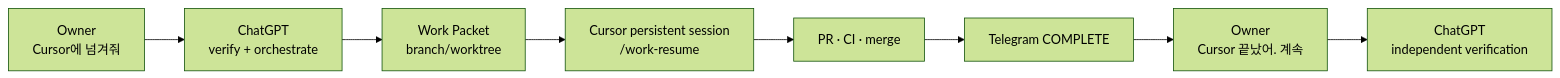
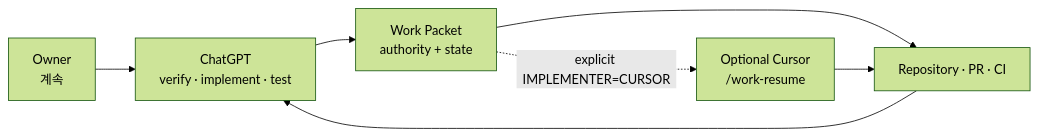
One commit to datarelay-labs/engineering-system-docs changed the diagram in mobile-remote-workflow.mdx. Above: the diagram before and after it, drawn with Mermaid (forest theme). The commit also changed other lines of this file and 21 other files, not shown here.

Commit message:
docs: make ChatGPT the default implementation path

```diff
--- a/mobile-remote-workflow.mdx
+++ b/mobile-remote-workflow.mdx
@@ -29,10 +20,9 @@
 ~~~mermaid
 flowchart LR
-    O["Owner<br/>Cursor에 넘겨줘"] --> C["ChatGPT<br/>verify + orchestrate"]
-    C --> W["Work Packet<br/>branch/worktree"]
-    W --> P["Cursor persistent session<br/>/work-resume"]
-    P --> G["PR · CI · merge"]
-    G --> T["Telegram COMPLETE"]
-    T --> O2["Owner<br/>Cursor 끝났어. 계속"]
-    O2 --> C2["ChatGPT<br/>independent verification"]
+    O["Owner<br/>계속"] --> C["ChatGPT<br/>verify · implement · test"]
+    C --> W["Work Packet<br/>authority + state"]
+    W --> G["Repository · PR · CI"]
+    G --> C
+    W -. explicit IMPLEMENTER=CURSOR .-> P["Optional Cursor<br/>/work-resume"]
+    P --> G
 ~~~
```
